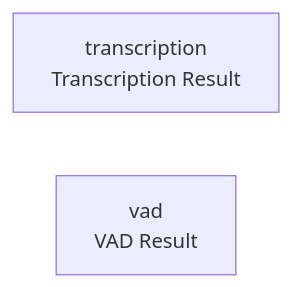
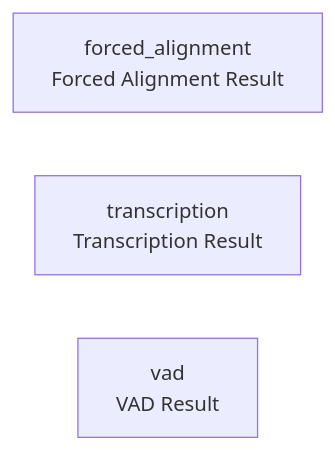
Before and after one commit to cj-mills/cjm-capability-primitives: the diagram in README.md, drawn with Mermaid. The commit also changed other lines of this file and 1 other file, not shown here.

````diff
--- a/README.md
+++ b/README.md
@@ -22,5 +23,6 @@
 ``` mermaid
 graph LR
+    forced_alignment["forced_alignment<br/>Forced Alignment Result"]
     transcription["transcription<br/>Transcription Result"]
     vad["vad<br/>VAD Result"]
 ```
````
